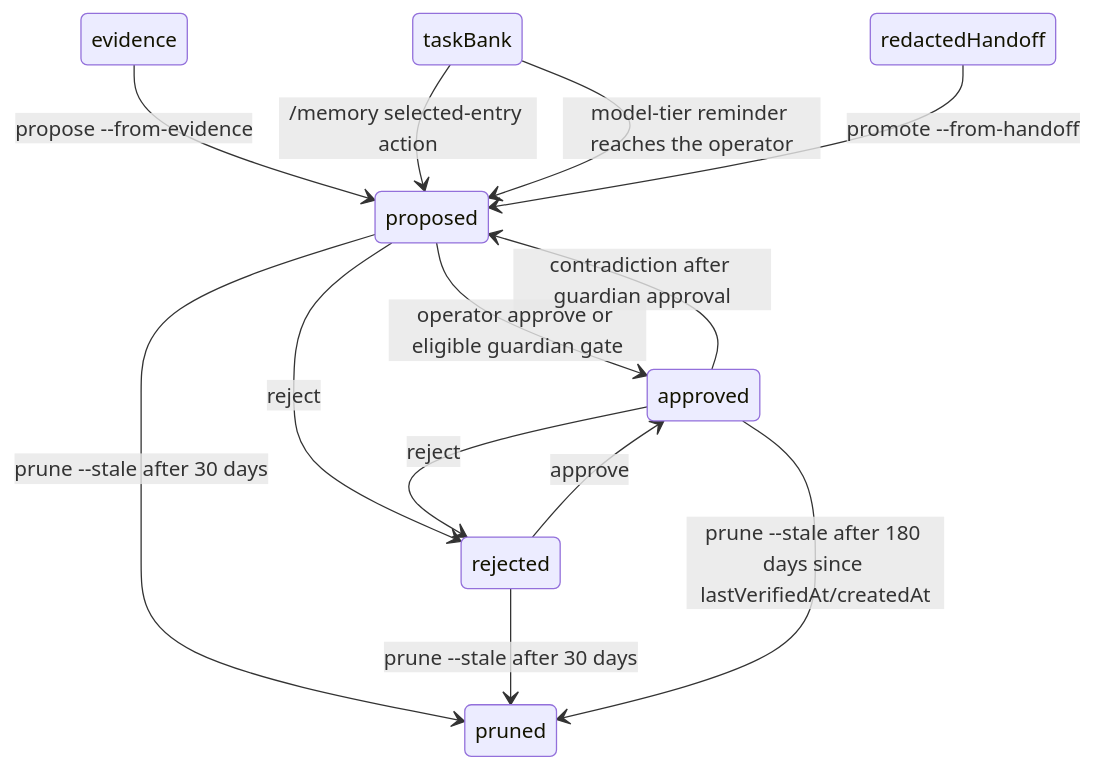
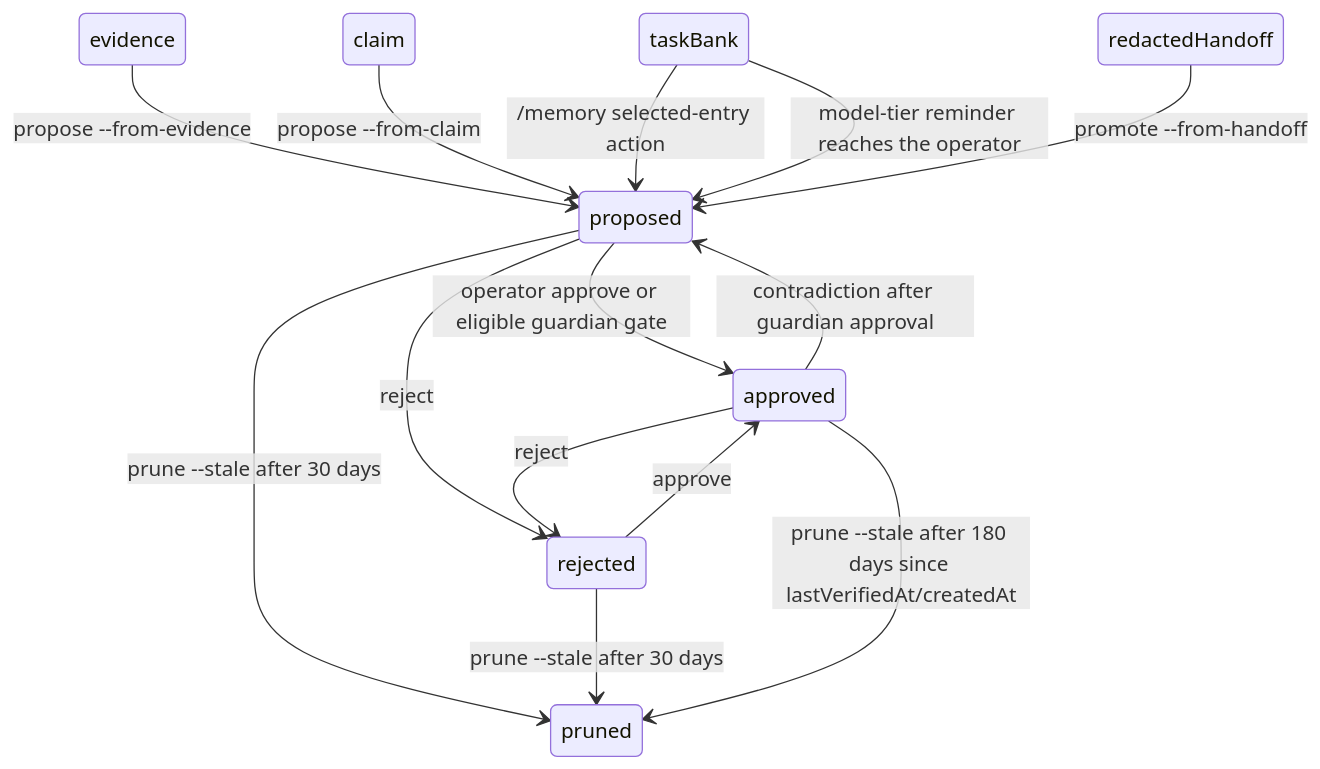
The diagram in docs/architecture/evidence-and-memory.md (iowarp/clio-coder), drawn with Mermaid before and after one commit. The commit also changed other lines of this file and 4 other files, not shown here.

````diff
--- a/docs/architecture/evidence-and-memory.md
+++ b/docs/architecture/evidence-and-memory.md
@@ -393,15 +393,16 @@
 ```mermaid
 stateDiagram-v2
     evidence --> proposed: propose --from-evidence
+    claim --> proposed: propose --from-claim
     taskBank --> proposed: /memory selected-entry action
     taskBank --> proposed: model-tier reminder reaches the operator
     redactedHandoff --> proposed: promote --from-handoff
     proposed --> approved: operator approve or eligible guardian gate
     proposed --> rejected: reject <id>
     approved --> rejected: reject <id>
     approved --> proposed: contradiction after guardian approval
     rejected --> approved: approve <id>
     proposed --> pruned: prune --stale after 30 days
     rejected --> pruned: prune --stale after 30 days
     approved --> pruned: prune --stale after 180 days since lastVerifiedAt/createdAt
 ```
````
